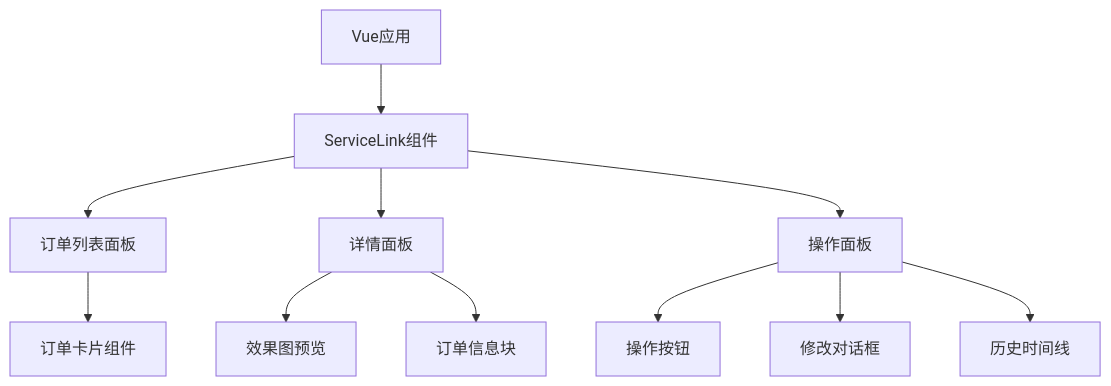
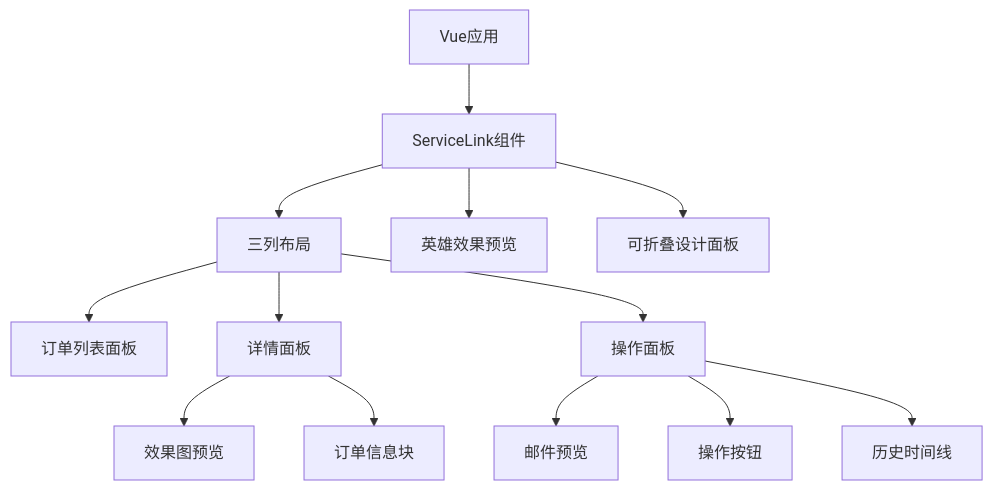
Diagram 11 of 18 in .qoder/repowiki/zh/content/开发指南/客服外链左侧栏模板.md (SY6621/POD-Order-Management), drawn with Mermaid before and after one commit. The commit also changed other lines of this file and 7 other files, not shown here.

````diff
--- a/.qoder/repowiki/zh/content/开发指南/客服外链左侧栏模板.md
+++ b/.qoder/repowiki/zh/content/开发指南/客服外链左侧栏模板.md
@@ -237,13 +419,15 @@
 ```mermaid
 flowchart TD
 VueApp[Vue应用] --> ServiceLink[ServiceLink组件]
-ServiceLink --> OrderListPanel[订单列表面板]
-ServiceLink --> DetailPanel[详情面板]
-ServiceLink --> ActionPanel[操作面板]
-OrderListPanel --> OrderCard[订单卡片组件]
+ServiceLink --> ThreeColumnLayout[三列布局]
+ServiceLink --> HeroEffectPreview[英雄效果预览]
+ServiceLink --> CollapsibleDesignPanel[可折叠设计面板]
+ThreeColumnLayout --> OrderListPanel[订单列表面板]
+ThreeColumnLayout --> DetailPanel[详情面板]
+ThreeColumnLayout --> ActionPanel[操作面板]
 DetailPanel --> EffectPreview[效果图预览]
 DetailPanel --> OrderInfoBlock[订单信息块]
+ActionPanel --> EmailPreview[邮件预览]
 ActionPanel --> ActionButtons[操作按钮]
-ActionPanel --> ModifyDialog[修改对话框]
 ActionPanel --> HistoryTimeline[历史时间线]
 ```
````
